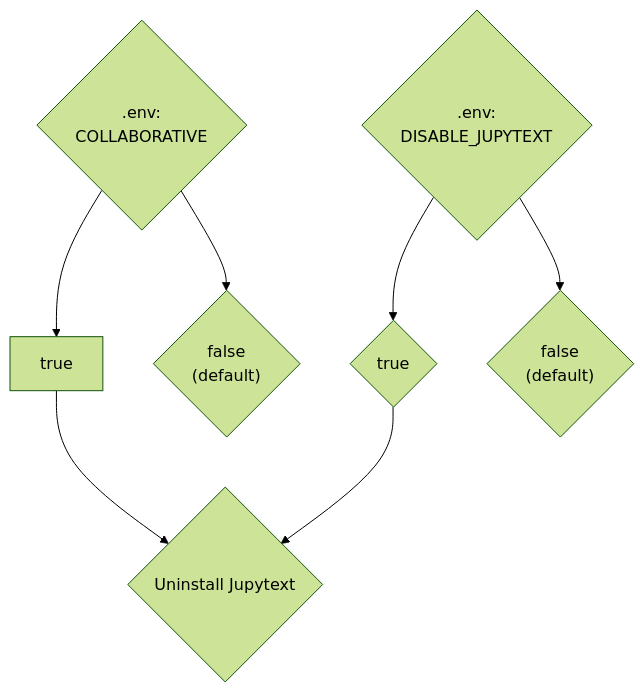
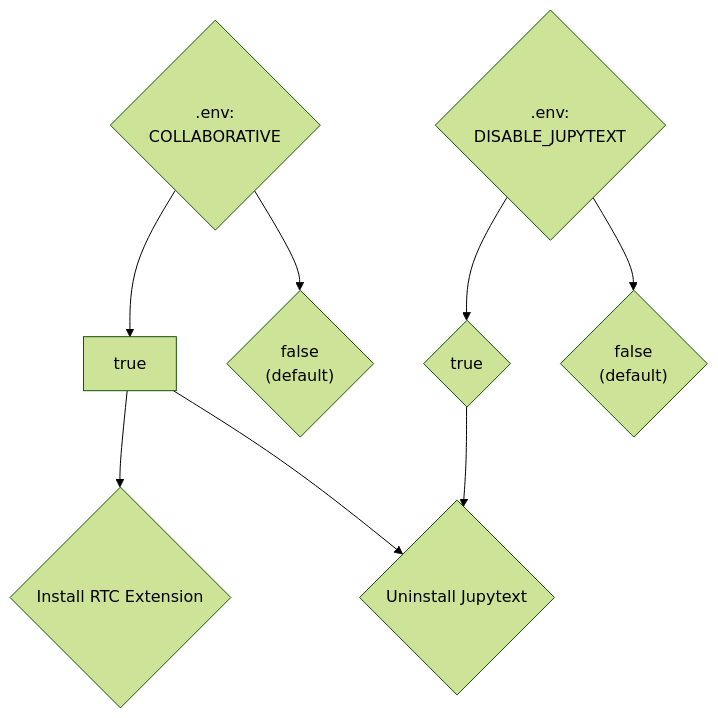
One commit to ioer-dresden/carto-lab-docker changed the diagram in docs/configuration.md. Above: the diagram before and after it, drawn with Mermaid. The commit also changed other lines of this file and 1 other file, not shown here.

Commit message:
Cleanup mermaid graphs

````diff
--- a/docs/configuration.md
+++ b/docs/configuration.md
@@ -143,10 +143,11 @@
 ```mermaid
-%%{init: { 'theme':'forest', 'securityLevel': 'loose', 'sequence': {'useMaxWidth':false} } }%%
+ %%{init: { 'theme':'forest', 'securityLevel': 'loose', 'sequence': {'useMaxWidth':false} } }%%
 graph TD
     Collaboration{".env: <br>COLLABORATIVE"} --> true
     Collaboration{".env: <br>COLLABORATIVE"} --> false{"false <br>(default)"}
+    true --> enable_colab{"Install RTC Extension"}
     true --> disable_jupytext{"Uninstall Jupytext"}
     Jupytext{".env: <br>DISABLE_JUPYTEXT"} --> true_text{"true"}
     Jupytext{".env: <br>DISABLE_JUPYTEXT"} --> false_text{"false <br>(default)"}
     true_text --> disable_jupytext{"Uninstall Jupytext"}
 ```
````
